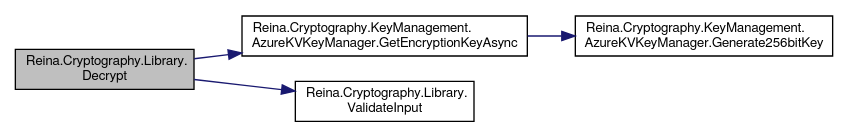
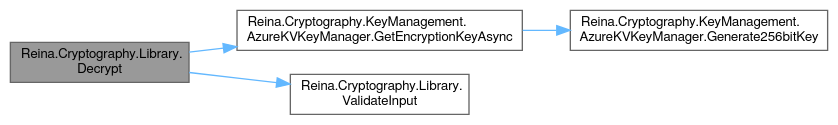
Before and after one commit to fkitsantas/Reina.Cryptography: the diagram in class_reina_1_1_cryptography_1_1_library_a98ecb713792622e2faac792d3f31015c_cgraph.dot, drawn with Graphviz. The commit also changed 225 other files, not shown here.

```diff
--- a/class_reina_1_1_cryptography_1_1_library_a98ecb713792622e2faac792d3f31015c_cgraph.dot
+++ b/class_reina_1_1_cryptography_1_1_library_a98ecb713792622e2faac792d3f31015c_cgraph.dot
@@ -1,14 +1,15 @@
 digraph "Reina.Cryptography.Library.Decrypt"
 {
  // LATEX_PDF_SIZE
-  edge [fontname="FreeSans",fontsize="10",labelfontname="FreeSans",labelfontsize="10"];
-  node [fontname="FreeSans",fontsize="10",shape=record];
+  bgcolor="transparent";
+  edge [fontname=FreeSans,fontsize=10,labelfontname=FreeSans,labelfontsize=10];
+  node [fontname=FreeSans,fontsize=10,shape=box,height=0.2,width=0.4];
   rankdir="LR";
-  Node1 [label="Reina.Cryptography.Library.\lDecrypt",height=0.2,width=0.4,color="black", fillcolor="grey75", style="filled", fontcolor="black",tooltip="Decrypts a Base64-encoded string using three distinct keys for Twofish, Serpent, and AES encryption a..."];
-  Node1 -> Node2 [color="midnightblue",fontsize="10",style="solid",fontname="FreeSans"];
-  Node2 [label="Reina.Cryptography.KeyManagement.\lAzureKVKeyManager.GetEncryptionKeyAsync",height=0.2,width=0.4,color="black", fillcolor="white", style="filled",URL="$class_reina_1_1_cryptography_1_1_key_management_1_1_azure_k_v_key_manager.html#a39bbf93ebf6101c46650aac22f0498bc",tooltip="Asynchronously retrieves an encryption key from Azure Key Vault or the local cache."];
-  Node2 -> Node3 [color="midnightblue",fontsize="10",style="solid",fontname="FreeSans"];
-  Node3 [label="Reina.Cryptography.KeyManagement.\lAzureKVKeyManager.Generate256bitKey",height=0.2,width=0.4,color="black", fillcolor="white", style="filled",URL="$class_reina_1_1_cryptography_1_1_key_management_1_1_azure_k_v_key_manager.html#a1b60e90e93824200aff3acad9b8a103f",tooltip="Generates a new 256-bit cryptographic key."];
-  Node1 -> Node4 [color="midnightblue",fontsize="10",style="solid",fontname="FreeSans"];
-  Node4 [label="Reina.Cryptography.Library.\lValidateInput",height=0.2,width=0.4,color="black", fillcolor="white", style="filled",URL="$class_reina_1_1_cryptography_1_1_library.html#ac5f3c144003488e101820b42d493ad1f",tooltip="Validates the input string and key names, ensuring they are not null or empty and adhere to the expec..."];
+  Node1 [id="Node000001",label="Reina.Cryptography.Library.\lDecrypt",height=0.2,width=0.4,color="gray40", fillcolor="grey60", style="filled", fontcolor="black",tooltip="Decrypts a Base64-encoded string using three distinct keys for Twofish, Serpent, and AES encryption a..."];
+  Node1 -> Node2 [id="edge1_Node000001_Node000002",color="steelblue1",style="solid",tooltip=" "];
+  Node2 [id="Node000002",label="Reina.Cryptography.KeyManagement.\lAzureKVKeyManager.GetEncryptionKeyAsync",height=0.2,width=0.4,color="grey40", fillcolor="white", style="filled",URL="$class_reina_1_1_cryptography_1_1_key_management_1_1_azure_k_v_key_manager.html#a48457dd60e2243549a799ebaa8008ed5",tooltip="Asynchronously retrieves an encryption key from Azure Key Vault or the local cache."];
+  Node2 -> Node3 [id="edge2_Node000002_Node000003",color="steelblue1",style="solid",tooltip=" "];
+  Node3 [id="Node000003",label="Reina.Cryptography.KeyManagement.\lAzureKVKeyManager.Generate256bitKey",height=0.2,width=0.4,color="grey40", fillcolor="white", style="filled",URL="$class_reina_1_1_cryptography_1_1_key_management_1_1_azure_k_v_key_manager.html#aa6d24f34039e3f3a396f2d00c5beeaaa",tooltip="Generates a new 256-bit cryptographic key."];
+  Node1 -> Node4 [id="edge3_Node000001_Node000004",color="steelblue1",style="solid",tooltip=" "];
+  Node4 [id="Node000004",label="Reina.Cryptography.Library.\lValidateInput",height=0.2,width=0.4,color="grey40", fillcolor="white", style="filled",URL="$class_reina_1_1_cryptography_1_1_library.html#ac5f3c144003488e101820b42d493ad1f",tooltip="Validates the input string and key names, ensuring they are not null or empty and adhere to the expec..."];
 }
```
